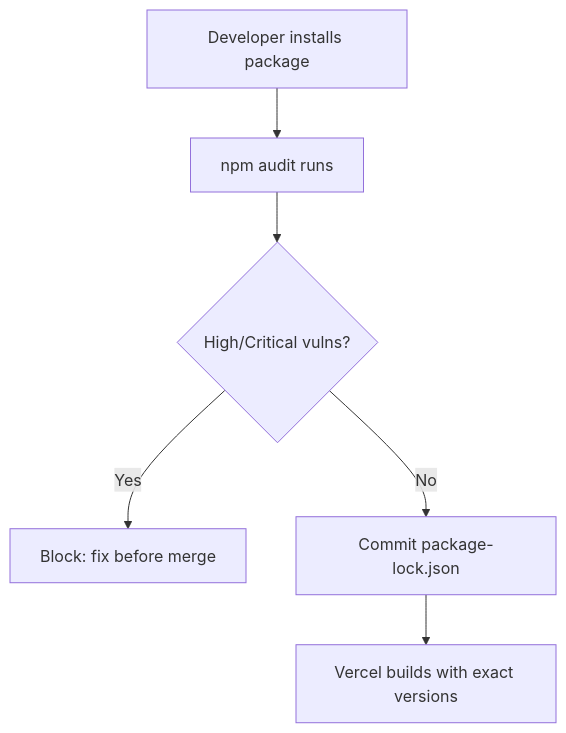
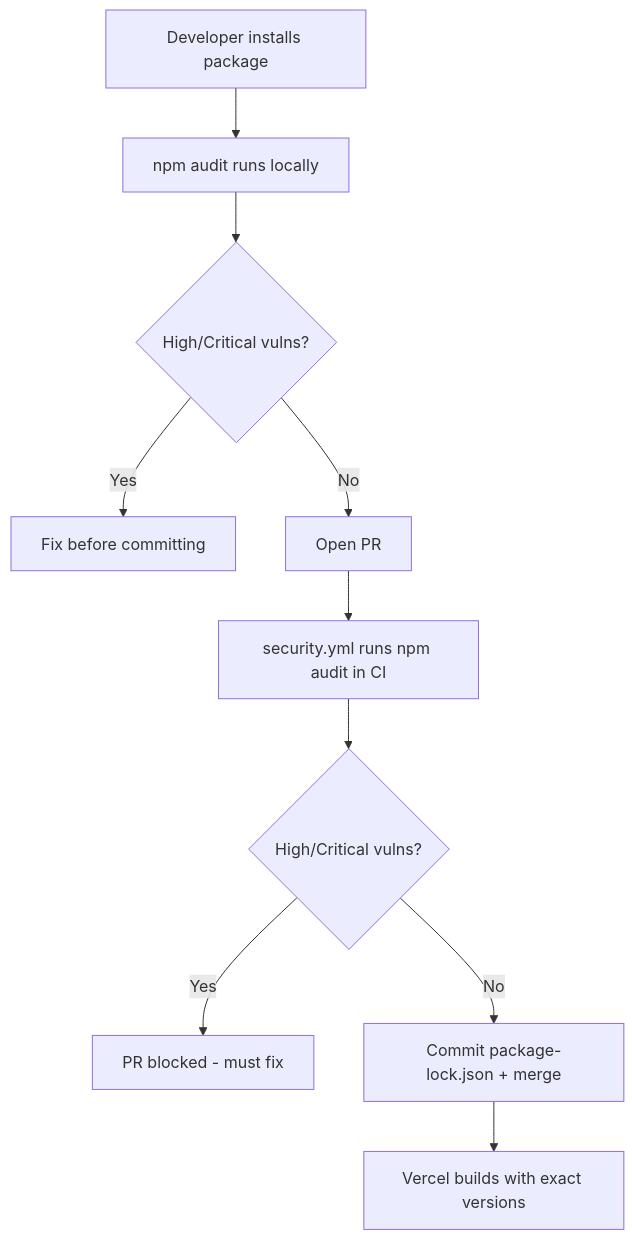
Before and after one commit to Oweeboi011/Fit-Ready-IQ: the fifth of 7 diagrams in docs/wiki/SECURITY.md, drawn with Mermaid. The commit also changed other lines of this file and 17 other files, not shown here.

First line of the commit message:
ci: simplify to trunk-based flow and fix review bugs

````diff
--- a/docs/wiki/SECURITY.md
+++ b/docs/wiki/SECURITY.md
@@ -267,8 +267,12 @@
 ```mermaid
 flowchart TD
-    A[Developer installs package] --> B[npm audit runs]
+    A[Developer installs package] --> B[npm audit runs locally]
     B --> C{High/Critical vulns?}
-    C -->|Yes| D[Block: fix before merge]
-    C -->|No| E[Commit package-lock.json]
-    E --> F[Vercel builds with exact versions]
+    C -->|Yes| D[Fix before committing]
+    C -->|No| E[Open PR]
+    E --> F[security.yml runs npm audit in CI]
+    F --> G{High/Critical vulns?}
+    G -->|Yes| H[PR blocked - must fix]
+    G -->|No| I[Commit package-lock.json + merge]
+    I --> J[Vercel builds with exact versions]
 ```
````
